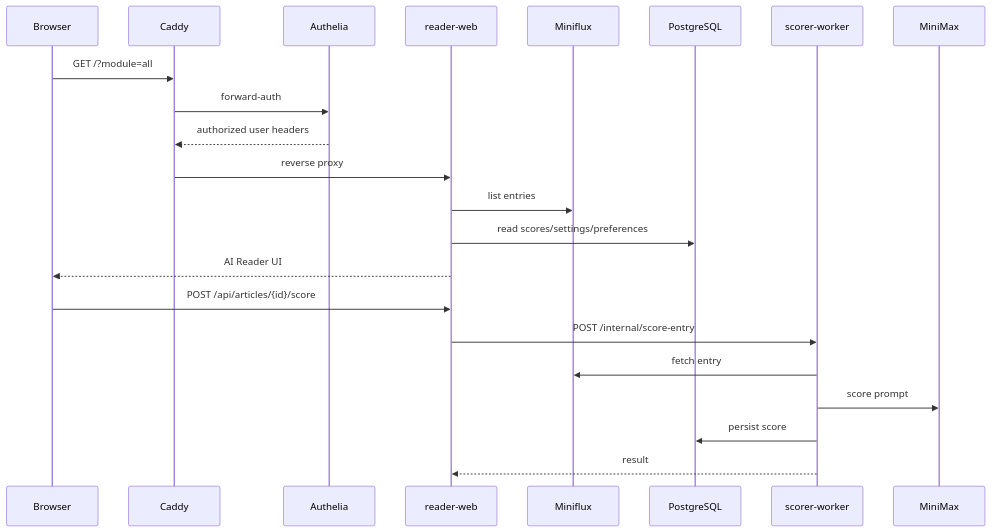
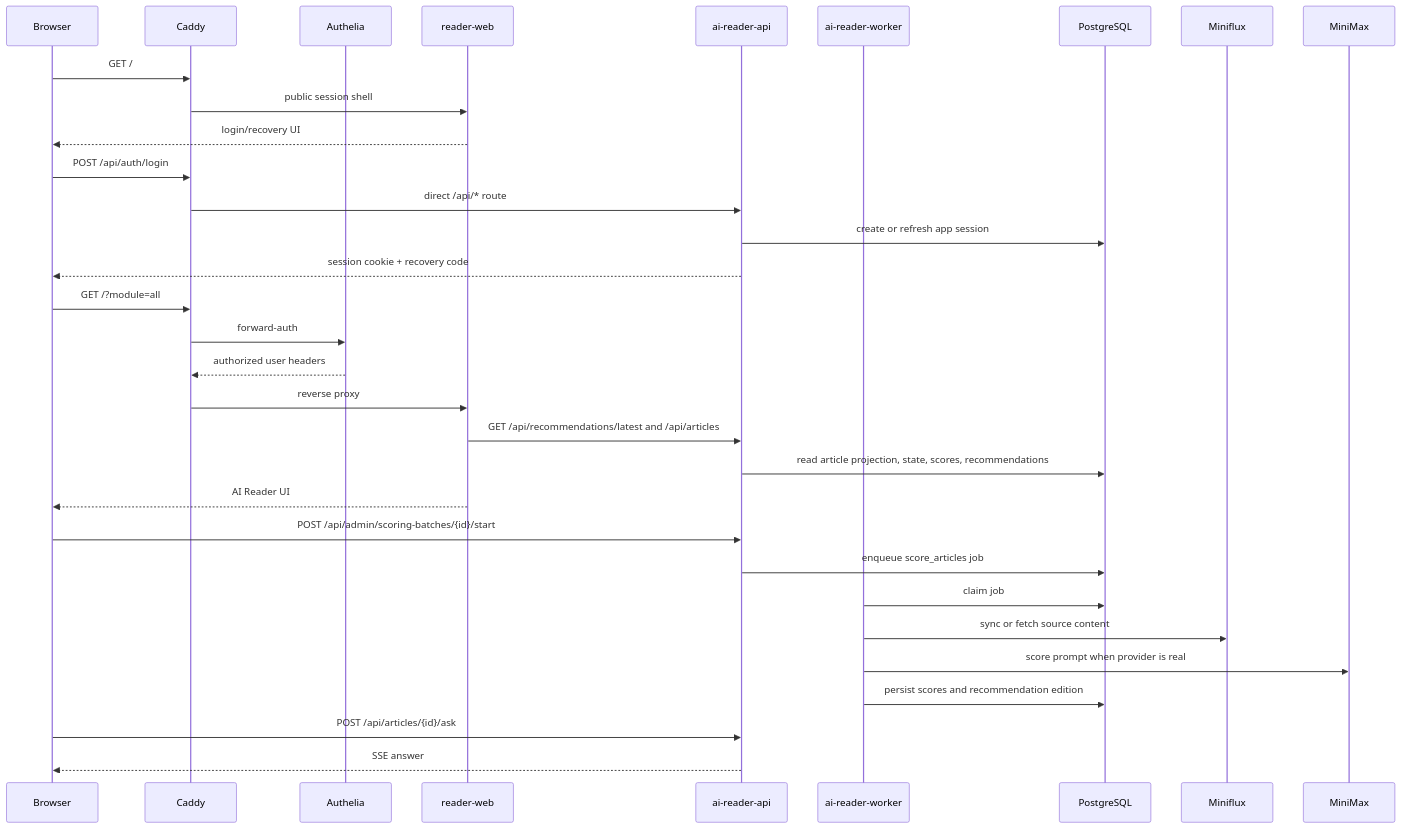
The diagram in TECHNICAL.md (blankhoney/reno_rss), drawn with Mermaid before and after one commit. The commit also changed other lines of this file and 2 other files, not shown here.

Commit message:
fix: align technical docs and api routing

````diff
--- a/TECHNICAL.md
+++ b/TECHNICAL.md
@@ -20,26 +21,38 @@
 ```mermaid
 sequenceDiagram
   participant Browser
   participant Caddy
   participant Authelia
   participant Reader as reader-web
+  participant API as ai-reader-api
+  participant Worker as ai-reader-worker
+  participant DB as PostgreSQL
   participant Miniflux
-  participant DB as PostgreSQL
-  participant Scorer as scorer-worker
   participant LLM as MiniMax
+
+  Browser->>Caddy: GET /
+  Caddy->>Reader: public session shell
+  Reader-->>Browser: login/recovery UI
+
+  Browser->>Caddy: POST /api/auth/login
+  Caddy->>API: direct /api/* route
+  API->>DB: create or refresh app session
+  API-->>Browser: session cookie + recovery code
 
   Browser->>Caddy: GET /?module=all
   Caddy->>Authelia: forward-auth
   Authelia-->>Caddy: authorized user headers
   Caddy->>Reader: reverse proxy
-  Reader->>Miniflux: list entries
-  Reader->>DB: read scores/settings/preferences
+  Reader->>API: GET /api/recommendations/latest and /api/articles
+  API->>DB: read article projection, state, scores, recommendations
   Reader-->>Browser: AI Reader UI
 
-  Browser->>Reader: POST /api/articles/{id}/score
-  Reader->>Scorer: POST /internal/score-entry
-  Scorer->>Miniflux: fetch entry
-  Scorer->>LLM: score prompt
-  Scorer->>DB: persist score
-  Scorer-->>Reader: result
+  Browser->>API: POST /api/admin/scoring-batches/{id}/start
+  API->>DB: enqueue score_articles job
+  Worker->>DB: claim job
+  Worker->>Miniflux: sync or fetch source content
+  Worker->>LLM: score prompt when provider is real
+  Worker->>DB: persist scores and recommendation edition
+  Browser->>API: POST /api/articles/{id}/ask
+  API-->>Browser: SSE answer
 ```
````
